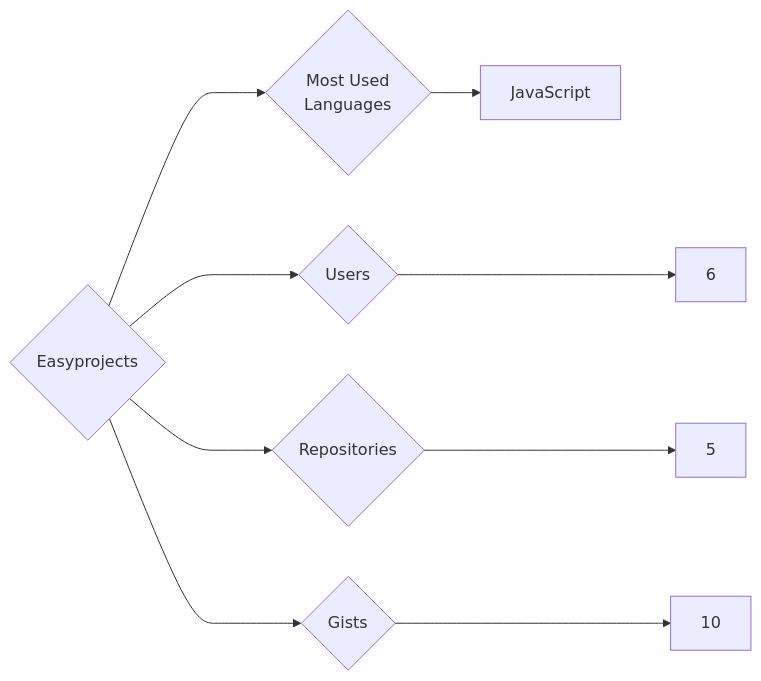
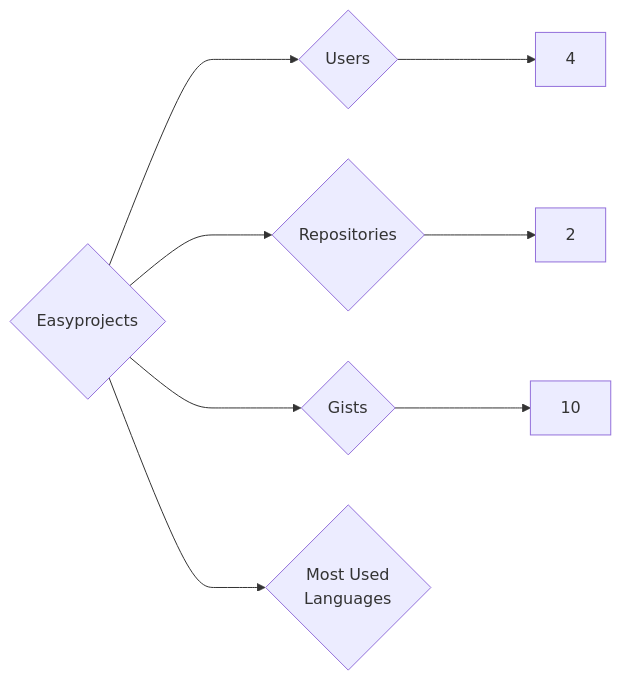
One commit to trickest/insiders changed the diagram in targets/Easyprojects/README.md. Above: the diagram before and after it, drawn with Mermaid. The commit also changed 1007 other files, not shown here.

````diff
--- a/targets/Easyprojects/README.md
+++ b/targets/Easyprojects/README.md
@@ -3,9 +3,8 @@
 ```mermaid
 graph LR
 COMPANY_NAME{Easyprojects}
-COMPANY_NAME ---> U{Users} ---> UN[6]
-COMPANY_NAME ---> R{Repositories} ---> RN[5]
+COMPANY_NAME ---> U{Users} ---> UN[4]
+COMPANY_NAME ---> R{Repositories} ---> RN[2]
 COMPANY_NAME ---> G{Gists} ---> GN[10]
 COMPANY_NAME ---> ML{Most Used<br>Languages}
-ML --> JavaScript[JavaScript]
 ```
````
